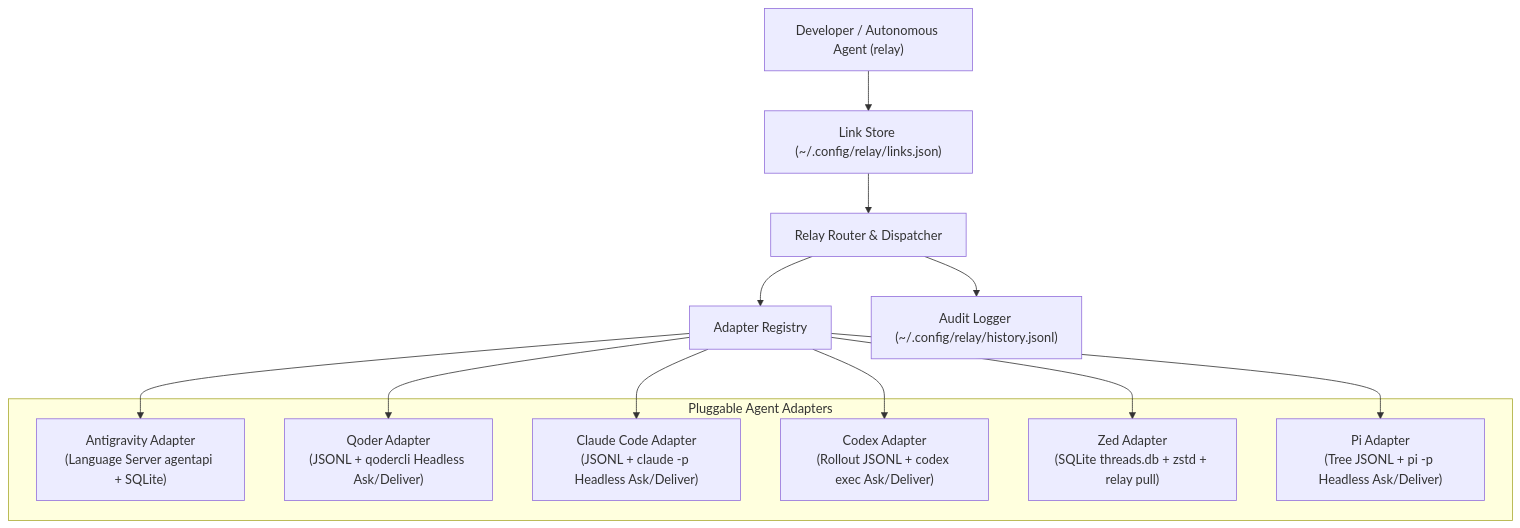
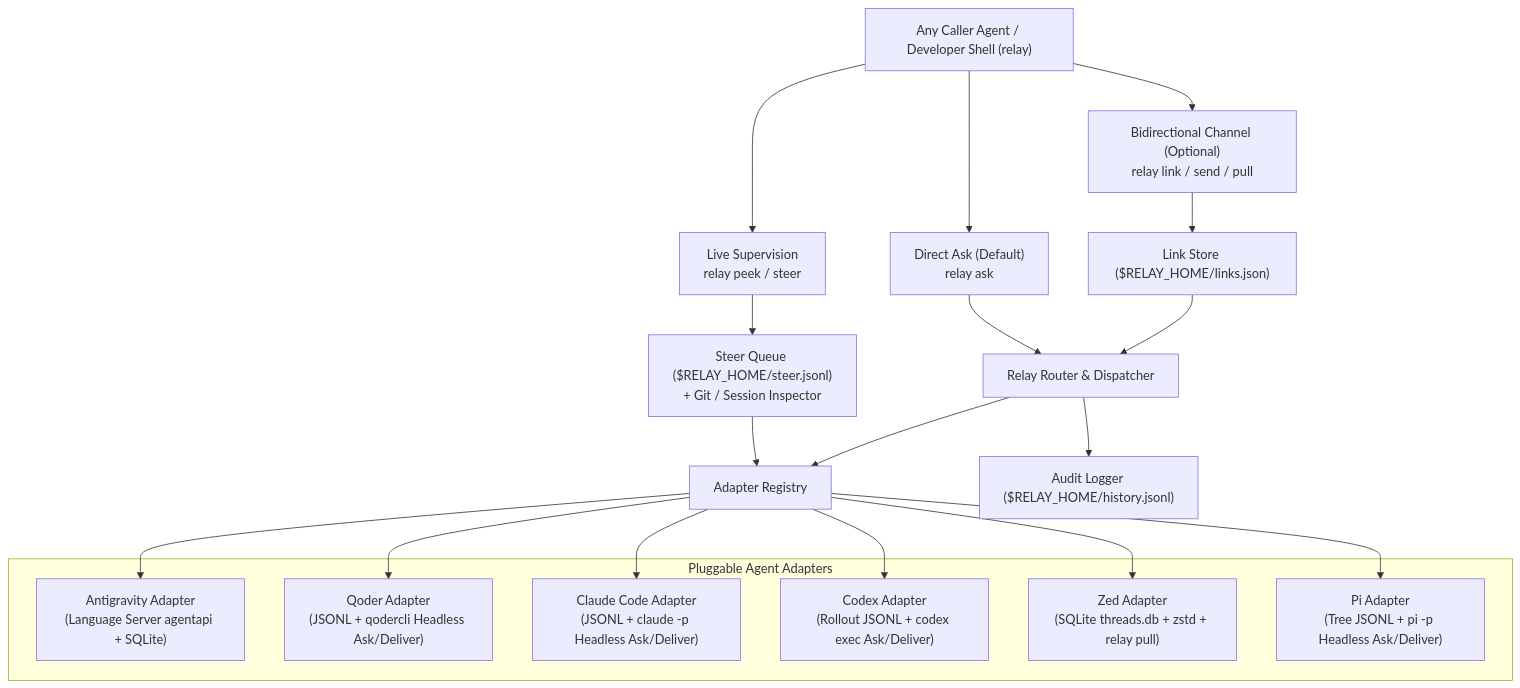
The first of 3 diagrams in README.md (kamusis/relay), drawn with Mermaid before and after one commit. The commit also changed other lines of this file, not shown here.

Commit message:
docs(readme): update architecture and sequence diagrams for linkless relay ask

````diff
--- a/README.md
+++ b/README.md
@@ -67,23 +67,30 @@
 ```mermaid
 graph TD
-    User["Developer / Autonomous Agent (relay)"] --> LinkStore["Link Store (~/.config/relay/links.json)"]
-    LinkStore --> Dispatcher["Relay Router & Dispatcher"]
-    Dispatcher --> Registry["Adapter Registry"]
+    User["Any Caller Agent / Developer Shell (relay)"] --> Ask["Direct Ask (Default)<br/>relay ask"]
+    User --> LinkMode["Bidirectional Channel (Optional)<br/>relay link / send / pull"]
+    User --> Supervise["Live Supervision<br/>relay peek / steer"]
+
+    Ask --> Dispatcher["Relay Router & Dispatcher"]
+    LinkMode --> LinkStore["Link Store ($RELAY_HOME/links.json)"]
+    LinkStore --> Dispatcher
+    Supervise --> SteerStore["Steer Queue ($RELAY_HOME/steer.jsonl)<br/>+ Git / Session Inspector"]
+    SteerStore --> Registry["Adapter Registry"]
+    Dispatcher --> Registry
 
     subgraph Adapters ["Pluggable Agent Adapters"]
         AGY["Antigravity Adapter<br/>(Language Server agentapi + SQLite)"]
         Qoder["Qoder Adapter<br/>(JSONL + qodercli Headless Ask/Deliver)"]
         Claude["Claude Code Adapter<br/>(JSONL + claude -p Headless Ask/Deliver)"]
         Codex["Codex Adapter<br/>(Rollout JSONL + codex exec Ask/Deliver)"]
         Zed["Zed Adapter<br/>(SQLite threads.db + zstd + relay pull)"]
         Pi["Pi Adapter<br/>(Tree JSONL + pi -p Headless Ask/Deliver)"]
     end
 
     Registry --> AGY
     Registry --> Qoder
     Registry --> Claude
     Registry --> Codex
     Registry --> Zed
     Registry --> Pi
-    Dispatcher --> Hist["Audit Logger (~/.config/relay/history.jsonl)"]
+    Dispatcher --> Hist["Audit Logger ($RELAY_HOME/history.jsonl)"]
 ```
````
